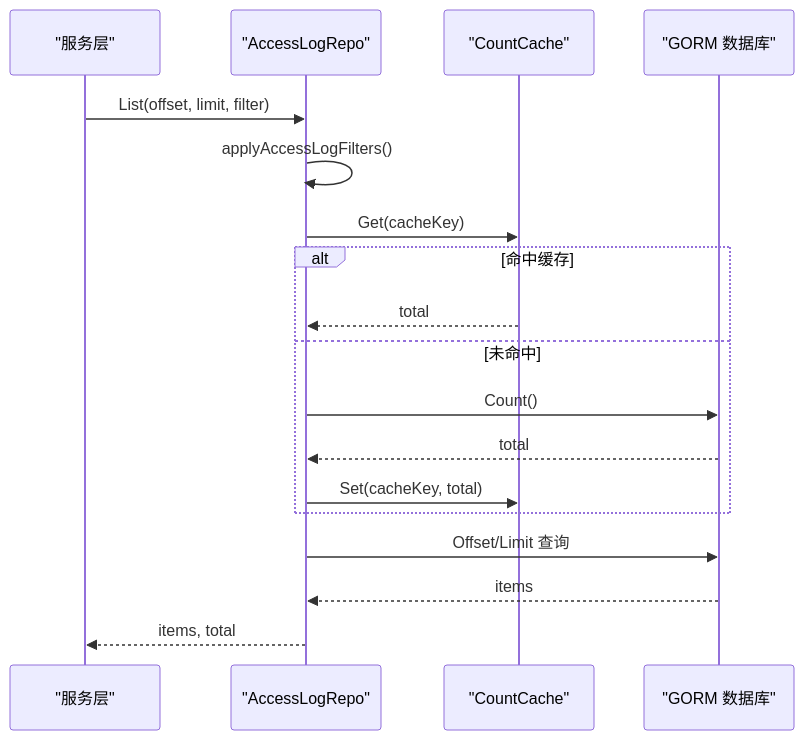
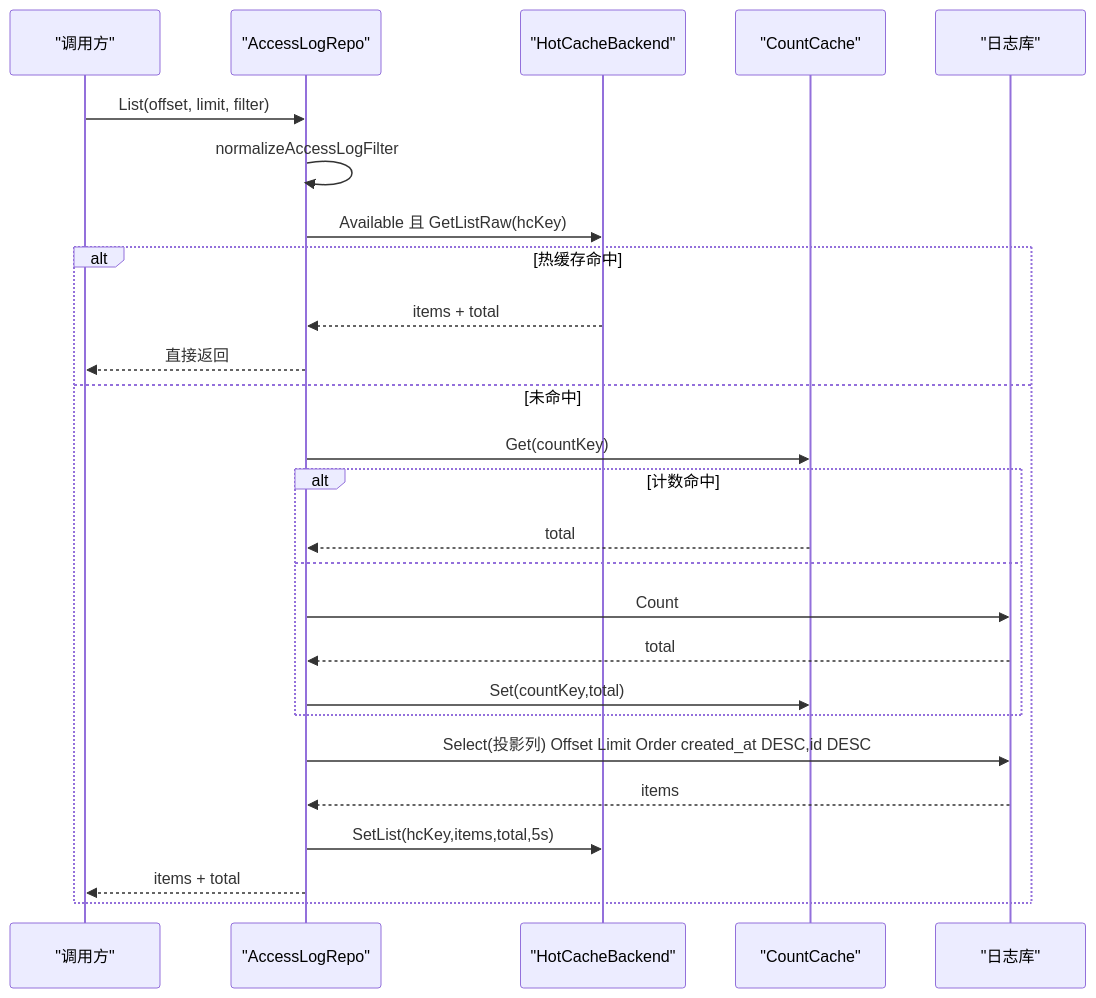
The fourth of 6 diagrams in docs/数据存储层/数据访问层设计.md (x01n/My-OpenWaf), drawn with Mermaid before and after one commit. The commit also changed other lines of this file and 622 other files, not shown here.

````diff
--- a/docs/数据存储层/数据访问层设计.md
+++ b/docs/数据存储层/数据访问层设计.md
@@ -242,20 +422,28 @@
 ```mermaid
 sequenceDiagram
-participant Svc as "服务层"
-participant Repo as "AccessLogRepo"
-participant Cache as "CountCache"
-participant DB as "GORM 数据库"
-Svc->>Repo : List(offset, limit, filter)
-Repo->>Repo : applyAccessLogFilters()
-Repo->>Cache : Get(cacheKey)
-alt 命中缓存
-Cache-->>Repo : total
+participant S as "调用方"
+participant R as "AccessLogRepo"
+participant HC as "HotCacheBackend"
+participant CC as "CountCache"
+participant DB as "日志库"
+S->>R : List(offset, limit, filter)
+R->>R : normalizeAccessLogFilter
+R->>HC : Available 且 GetListRaw(hcKey)
+alt 热缓存命中
+HC-->>R : items + total
+R-->>S : 直接返回
 else 未命中
-Repo->>DB : Count()
-DB-->>Repo : total
-Repo->>Cache : Set(cacheKey, total)
+R->>CC : Get(countKey)
+alt 计数命中
+CC-->>R : total
+else
+R->>DB : Count
+DB-->>R : total
+R->>CC : Set(countKey,total)
 end
-Repo->>DB : Offset/Limit 查询
-DB-->>Repo : items
-Repo-->>Svc : items, total
+R->>DB : Select(投影列) Offset Limit Order created_at DESC,id DESC
+DB-->>R : items
+R->>HC : SetList(hcKey,items,total,5s)
+R-->>S : items + total
+end
 ```
````
